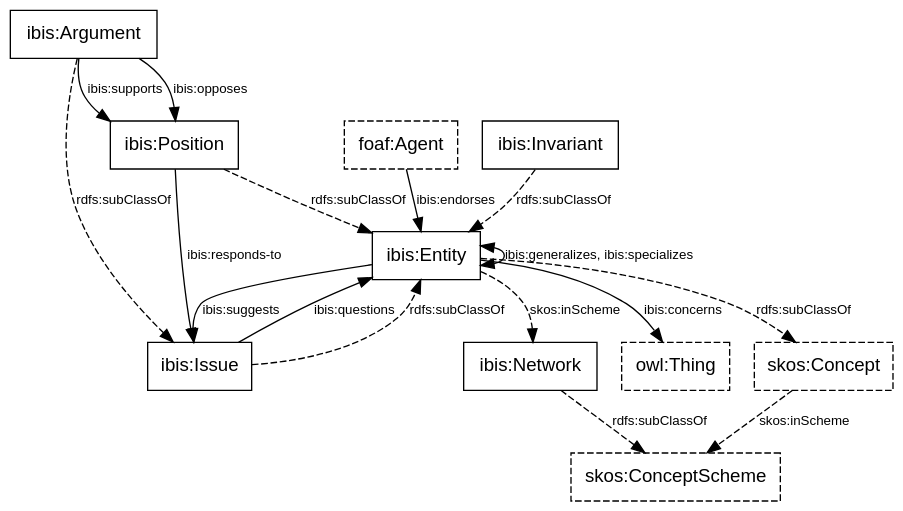
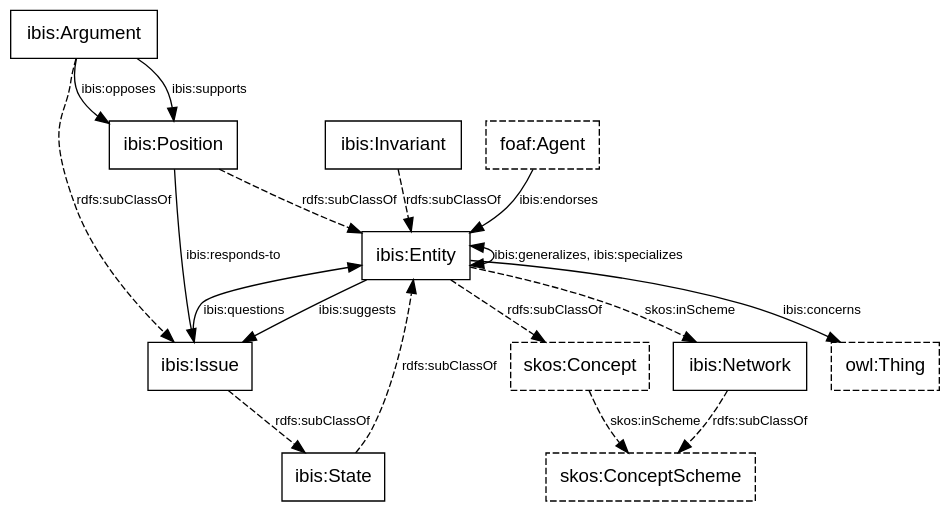
The diagram in ibis-classes.dot (doriantaylor/owl-ibis), drawn with Graphviz before and after one commit. The commit also changed 2 other files, not shown here.

Commit message:
moved pm:State to ibis:State

```diff
--- a/ibis-classes.dot
+++ b/ibis-classes.dot
@@ -1,82 +1,83 @@
 digraph {
     graph [bgcolor=transparent];
     node [shape=box,color="#000000",fontcolor="#000000",fontname="Lucida Grande, Lucida Sans Unicode, sans-serif"];
     edge [color="#000000",fontcolor="#000000",fontname="Lucida Grande, Lucida Sans Unicode, sans-serif"];
 
     subgraph {
         node [style=dashed];
         owl_Thing          [label="owl:Thing"];
         foaf_Agent         [label="foaf:Agent"];
         skos_Concept       [label="skos:Concept"];
         skos_ConceptScheme [label="skos:ConceptScheme"];
     }
 
     ibis_Entity    [label="ibis:Entity"];
+    ibis_State     [label="ibis:State"];
     ibis_Invariant [label="ibis:Invariant"];
     ibis_Issue     [label="ibis:Issue"];
     ibis_Position  [label="ibis:Position"];
     ibis_Argument  [label="ibis:Argument"];
     ibis_Network   [label="ibis:Network"];
 
     subgraph {
         edge [fontsize=10,concentrate=true];
         /*
         ibis_Issue -> ibis_Issue [label="ibis:specializes"];
         ibis_Issue -> ibis_Issue [label="ibis:generalizes"];
         ibis_Issue -> ibis_Issue [label="ibis:replaces"];
         */
         // ibis_Issue -> ibis_Issue [label="ibis:generalizes\nibis:specializes\nibis:replaces\nibis:questions\nibis:suggests"];
         ibis_Entity -> ibis_Entity [label="ibis:generalizes, ibis:specializes", dir=both];
         ibis_Entity -> ibis_Issue [label="ibis:suggests"];
         ibis_Issue  -> ibis_Entity [label="ibis:questions"];
 
         subgraph {
             edge [label="rdfs:subClassOf", style=dashed];
             ibis_Invariant -> ibis_Entity -> skos_Concept;
-            ibis_Issue     -> ibis_Entity;
+            ibis_Issue     -> ibis_State -> ibis_Entity;
             ibis_Position  -> ibis_Entity;
             ibis_Argument  -> ibis_Issue;
             ibis_Network   -> skos_ConceptScheme;
         }
 
         subgraph {
             edge [label="skos:inScheme", style=dashed, concentrate=true];
             ibis_Entity   -> ibis_Network;
             // ibis_Issue    -> ibis_Network;
             // ibis_Position -> ibis_Network;
             // ibis_Argument -> ibis_Network;
             skos_Concept  -> skos_ConceptScheme;
         }
 
         subgraph {
             edge [style=dashed];
         }
 
         subgraph {
             edge [label="ibis:endorses"];
             foaf_Agent -> ibis_Entity;
             // foaf_Agent -> ibis_Issue;
             // foaf_Agent -> ibis_Position;
             // foaf_Agent -> ibis_Argument;
         }
 
         subgraph {
             edge [label="ibis:questions"];
             // ibis_Issue -> ibis_Argument;
             // ibis_Issue -> ibis_Position;
             //ibis_Issue -> ibis_Issue;
         }
         subgraph {
             edge [label="ibis:suggests"];
             // ibis_Position -> ibis_Issue;
             // ibis_Argument -> ibis_Issue;
             //ibis_Issue    -> ibis_Issue;
         }
 
         ibis_Entity   -> owl_Thing     [label="ibis:concerns"];
         ibis_Position -> ibis_Issue    [label="ibis:responds-to"];
         ibis_Argument -> ibis_Position [label="ibis:supports"];
         ibis_Argument -> ibis_Position [label="ibis:opposes"];
         // ibis_Network -> skos_ConceptScheme [label="ibis:concepts\nibis:main-concepts"];
     }
 }
```
